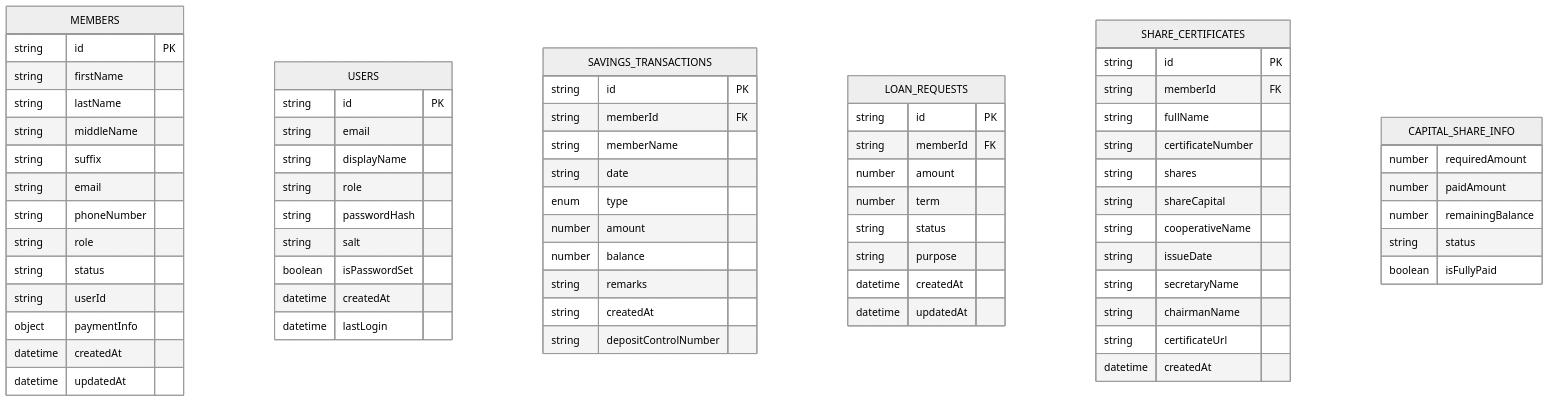
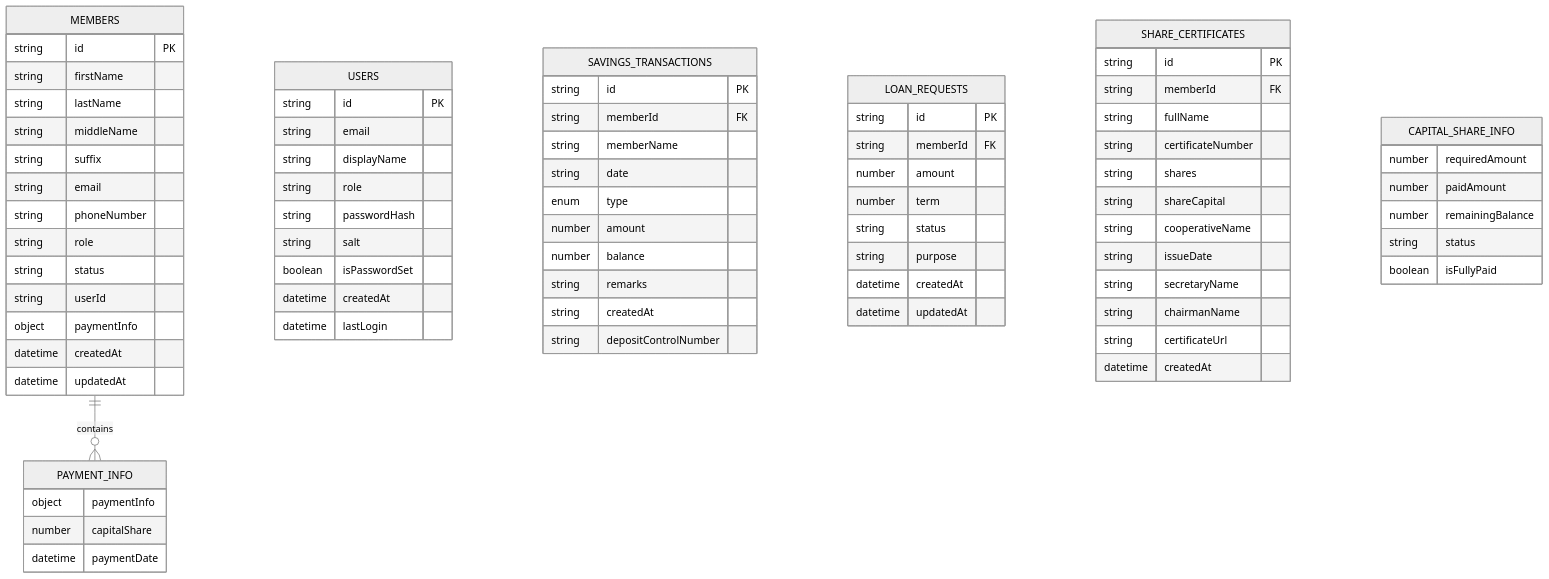
Before and after one commit to Unsure-bry/sampacoop_system: the second of 15 diagrams in .qoder/repowiki/en/content/Project Overview/Core Features & Functionality/Administrative Features/Capital Shares Management System.md, drawn with Mermaid (neutral theme). The commit also changed other lines of this file and 3 other files, not shown here.

````diff
--- a/.qoder/repowiki/en/content/Project Overview/Core Features & Functionality/Administrative Features/Capital Shares Management System.md
+++ b/.qoder/repowiki/en/content/Project Overview/Core Features & Functionality/Administrative Features/Capital Shares Management System.md
@@ -121,72 +143,78 @@
 ```mermaid
 erDiagram
 MEMBERS {
 string id PK
 string firstName
 string lastName
 string middleName
 string suffix
 string email
 string phoneNumber
 string role
 string status
 string userId
 object paymentInfo
 datetime createdAt
 datetime updatedAt
 }
 USERS {
 string id PK
 string email
 string displayName
 string role
 string passwordHash
 string salt
 boolean isPasswordSet
 datetime createdAt
 datetime lastLogin
 }
 SAVINGS_TRANSACTIONS {
 string id PK
 string memberId FK
 string memberName
 string date
 enum type
 number amount
 number balance
 string remarks
 string createdAt
 string depositControlNumber
 }
 LOAN_REQUESTS {
 string id PK
 string memberId FK
 number amount
 number term
 string status
 string purpose
 datetime createdAt
 datetime updatedAt
 }
 SHARE_CERTIFICATES {
 string id PK
 string memberId FK
 string fullName
 string certificateNumber
 string shares
 string shareCapital
 string cooperativeName
 string issueDate
 string secretaryName
 string chairmanName
 string certificateUrl
 datetime createdAt
 }
 CAPITAL_SHARE_INFO {
 number requiredAmount
 number paidAmount
 number remainingBalance
 string status
 boolean isFullyPaid
 }
+PAYMENT_INFO {
+object paymentInfo
+number capitalShare
+datetime paymentDate
+}
+MEMBERS ||--o{ PAYMENT_INFO : contains
 ```
````
